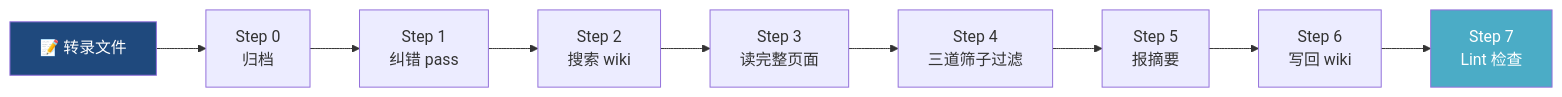
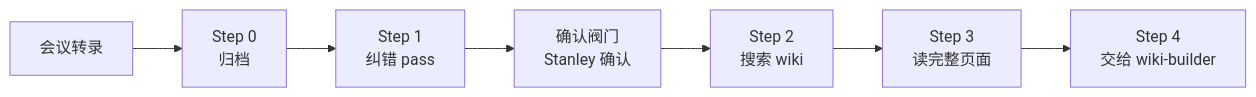
The first of 2 diagrams in README.md (stanley6635/meeting-ingest), drawn with Mermaid before and after one commit. The commit also changed other lines of this file and 2 other files, not shown here.

````diff
--- a/README.md
+++ b/README.md
@@ -20,14 +21,9 @@
 ```mermaid
 flowchart LR
-    A["📝 转录文件"] --> B["Step 0\n归档"]
-    B --> C["Step 1\n纠错 pass"]
-    C --> D["Step 2\n搜索 wiki"]
-    D --> E["Step 3\n读完整页面"]
-    E --> F["Step 4\n三道筛子过滤"]
-    F --> G["Step 5\n报摘要"]
-    G --> H["Step 6\n写回 wiki"]
-    H --> I["Step 7\nLint 检查"]
-    
-    style A fill:#1F497D,color:#fff
-    style I fill:#4BACC6,color:#fff
+    A["会议转录"] --> B["Step 0<br/>归档"]
+    B --> C["Step 1<br/>纠错 pass"]
+    C --> D["确认阀门<br/>Stanley 确认"]
+    D --> E["Step 2<br/>搜索 wiki"]
+    E --> F["Step 3<br/>读完整页面"]
+    F --> G["Step 4<br/>交给 wiki-builder"]
 ```
````
